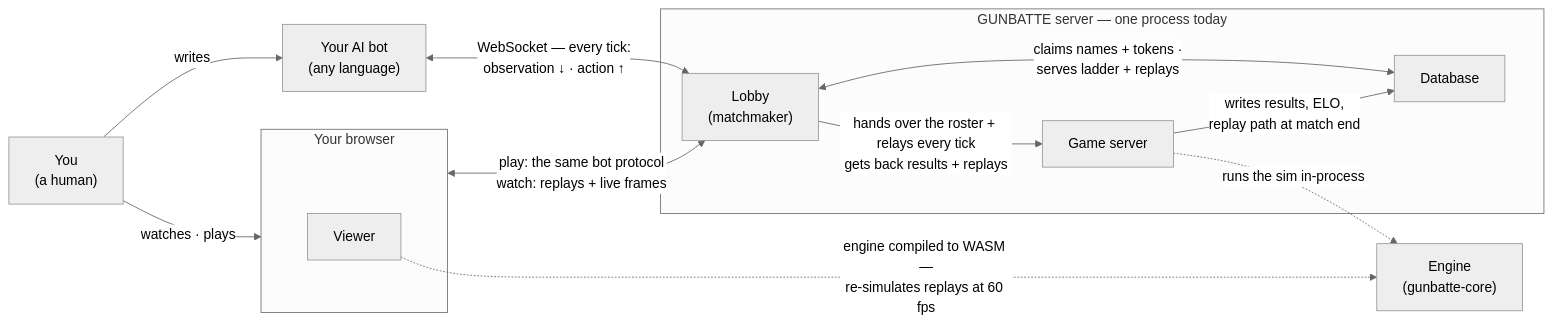
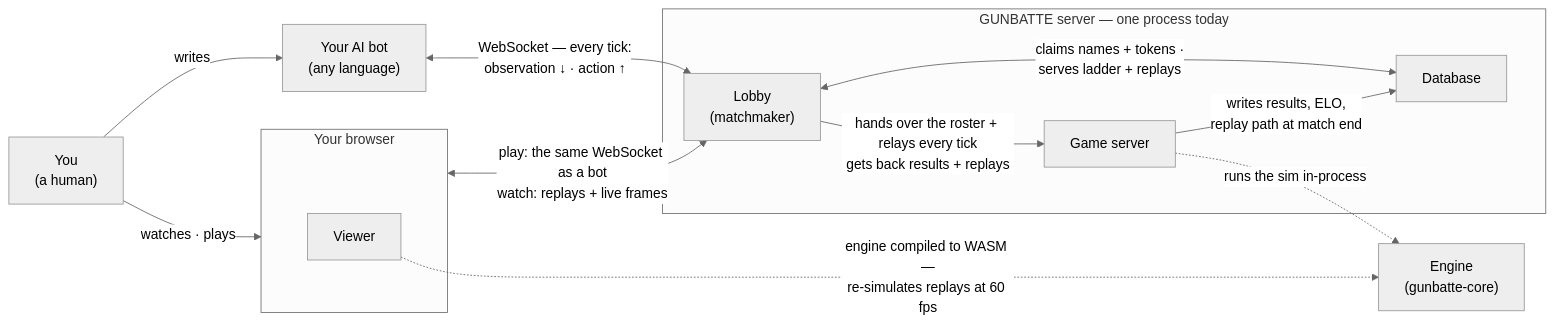
Before and after one commit to ahaqqu/gunbatte: the diagram in docs/ARCHITECTURE.md, drawn with Mermaid (neutral theme).

Commit message:
docs: diagram — playing in the browser is the same WebSocket as a bot
The browser edge said "the same bot protocol" without the word
WebSocket, so the diagram read as if only bots held a connection. A
playing browser opens /ws/bot exactly like a bot does (that symmetry
is deliberate); live frames stream over a second WebSocket
(/ws/spectate) and replays are HTTP downloads. Say WebSocket on the
play path.

````diff
--- a/docs/ARCHITECTURE.md
+++ b/docs/ARCHITECTURE.md
@@ -22,28 +22,28 @@
 ```mermaid
 flowchart LR
     you["You<br/>(a human)"]
     bot["Your AI bot<br/>(any language)"]
 
     subgraph browser["Your browser"]
         viewer["Viewer"]
     end
 
     engine["Engine<br/>(gunbatte-core)"]
 
     subgraph server["GUNBATTE server — one process today"]
         lobby["Lobby<br/>(matchmaker)"]
         game["Game server"]
         db["Database"]
 
         lobby <-->|"claims names + tokens ·<br/>serves ladder + replays"| db
         lobby -->|"hands over the roster + relays every tick<br/>gets back results + replays"| game
         game -->|"writes results, ELO,<br/>replay path at match end"| db
     end
 
     you -->|"writes"| bot
     you -->|"watches · plays"| browser
     bot <-->|"WebSocket — every tick:<br/>observation ↓ · action ↑"| lobby
-    browser <-->|"play: the same bot protocol<br/>watch: replays + live frames"| lobby
+    browser <-->|"play: the same WebSocket as a bot<br/>watch: replays + live frames"| lobby
     game -.->|"runs the sim in-process"| engine
     viewer -.->|"engine compiled to WASM —<br/>re-simulates replays at 60 fps"| engine
 ```
````
